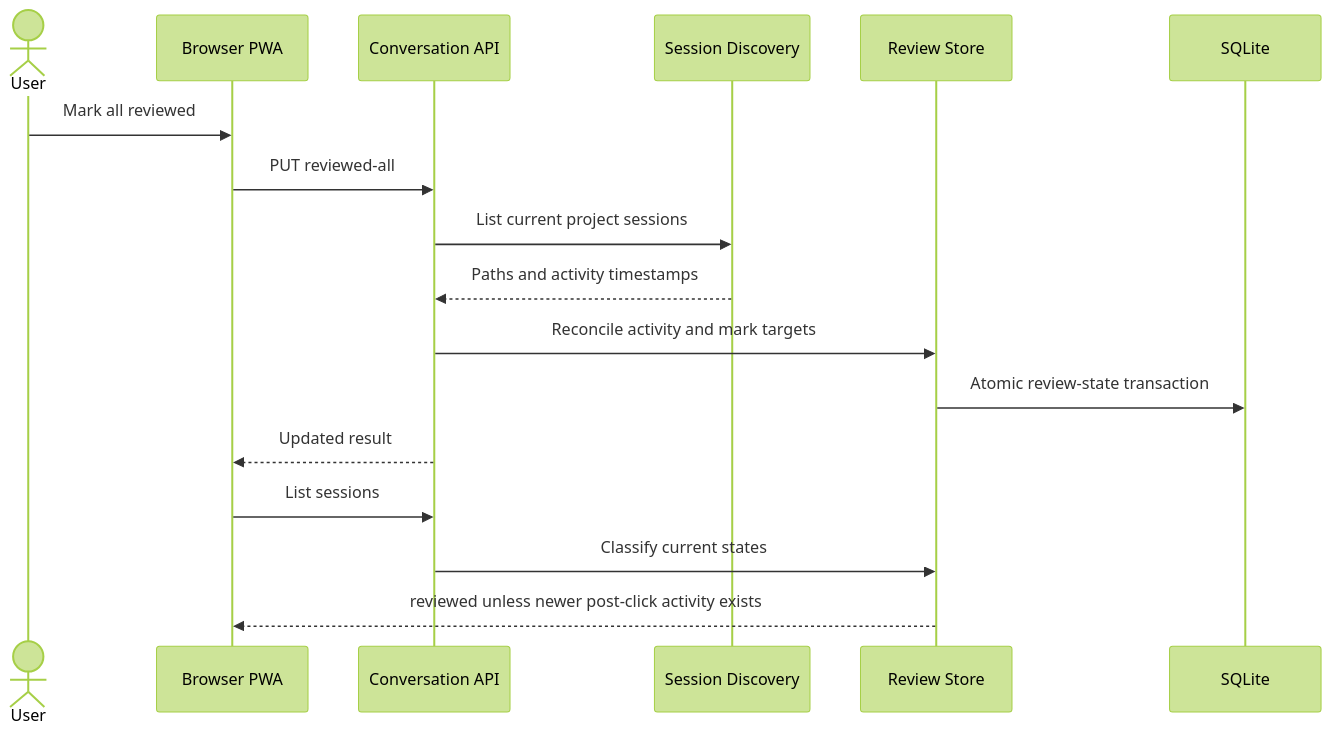
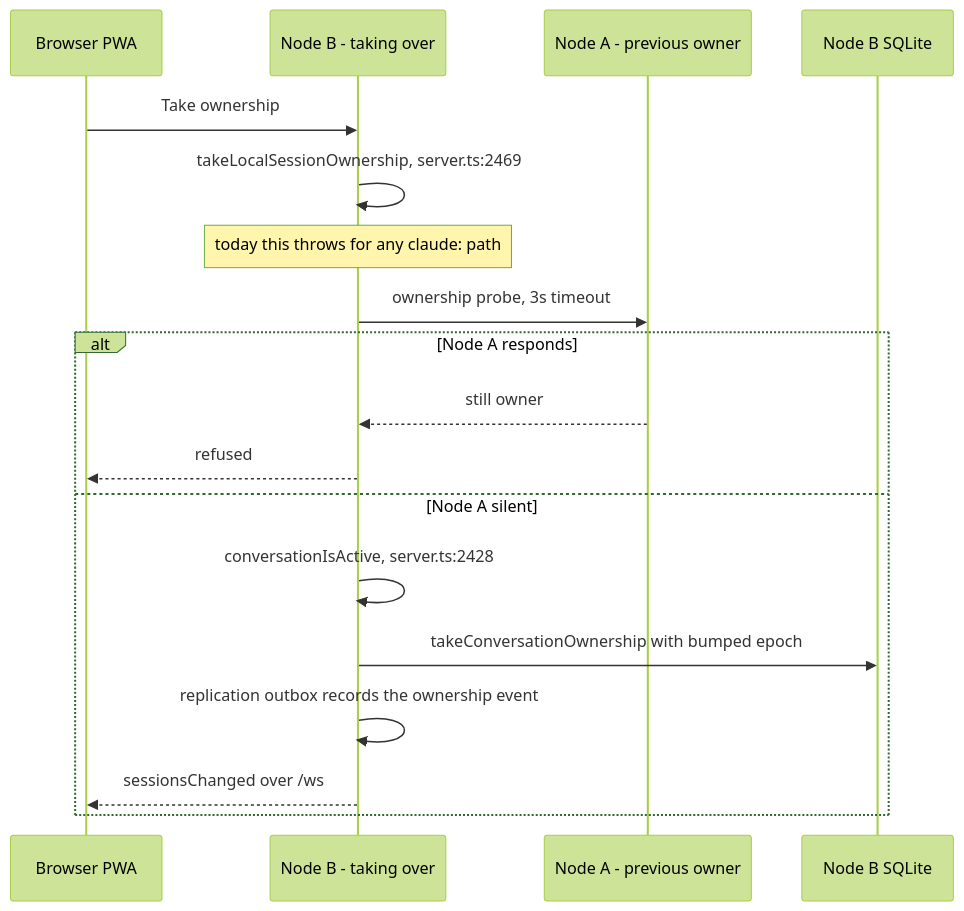
One commit to iliagerman/joint-bob changed the fourth of 6 diagrams in aidlc/spaces/default/codekb/pi-mobile-web/architecture.md. Above: the diagram before and after it, drawn with Mermaid (forest theme). The commit also changed other lines of this file and 35 other files, not shown here.

````diff
--- a/aidlc/spaces/default/codekb/pi-mobile-web/architecture.md
+++ b/aidlc/spaces/default/codekb/pi-mobile-web/architecture.md
@@ -87,20 +219,21 @@
 ```mermaid
 sequenceDiagram
-    actor User
-    participant PWA as Browser PWA
-    participant API as Conversation API
-    participant Discovery as Session Discovery
-    participant Reviews as Review Store
-    participant DB as SQLite
+    participant UI as Browser PWA
+    participant B as Node B - taking over
+    participant A as Node A - previous owner
+    participant DB as Node B SQLite
 
-    User->>PWA: Mark all reviewed
-    PWA->>API: PUT reviewed-all
-    API->>Discovery: List current project sessions
-    Discovery-->>API: Paths and activity timestamps
-    API->>Reviews: Reconcile activity and mark targets
-    Reviews->>DB: Atomic review-state transaction
-    API-->>PWA: Updated result
-    PWA->>API: List sessions
-    API->>Reviews: Classify current states
-    Reviews-->>PWA: reviewed unless newer post-click activity exists
+    UI->>B: Take ownership
+    B->>B: takeLocalSessionOwnership, server.ts:2469
+    Note over B: today this throws for any claude: path
+    B->>A: ownership probe, 3s timeout
+    alt Node A responds
+        A-->>B: still owner
+        B-->>UI: refused
+    else Node A silent
+        B->>B: conversationIsActive, server.ts:2428
+        B->>DB: takeConversationOwnership with bumped epoch
+        B->>B: replication outbox records the ownership event
+        B-->>UI: sessionsChanged over /ws
+    end
 ```
````
